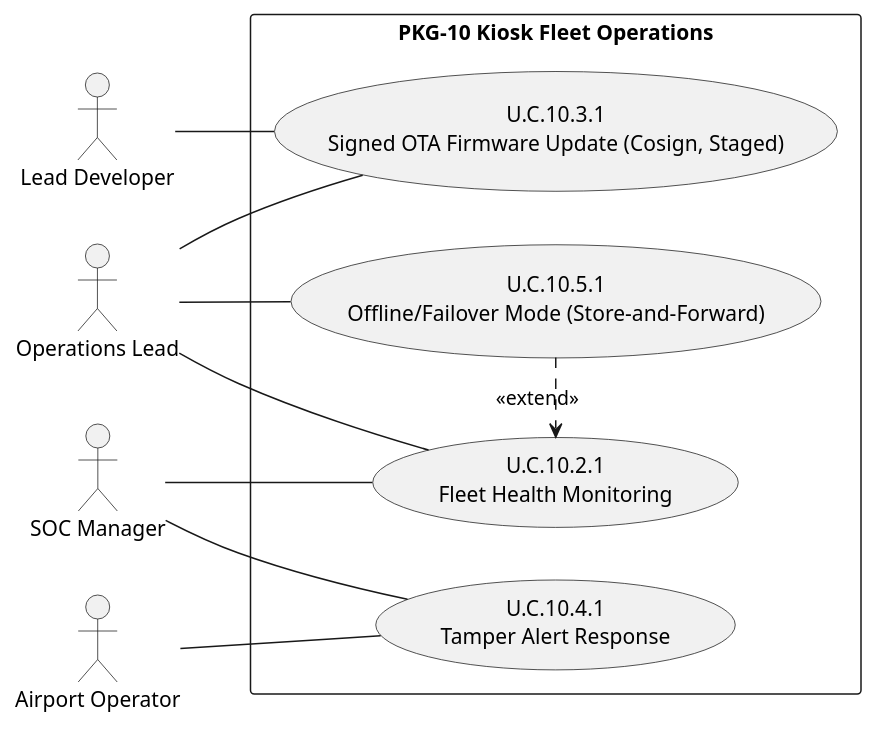
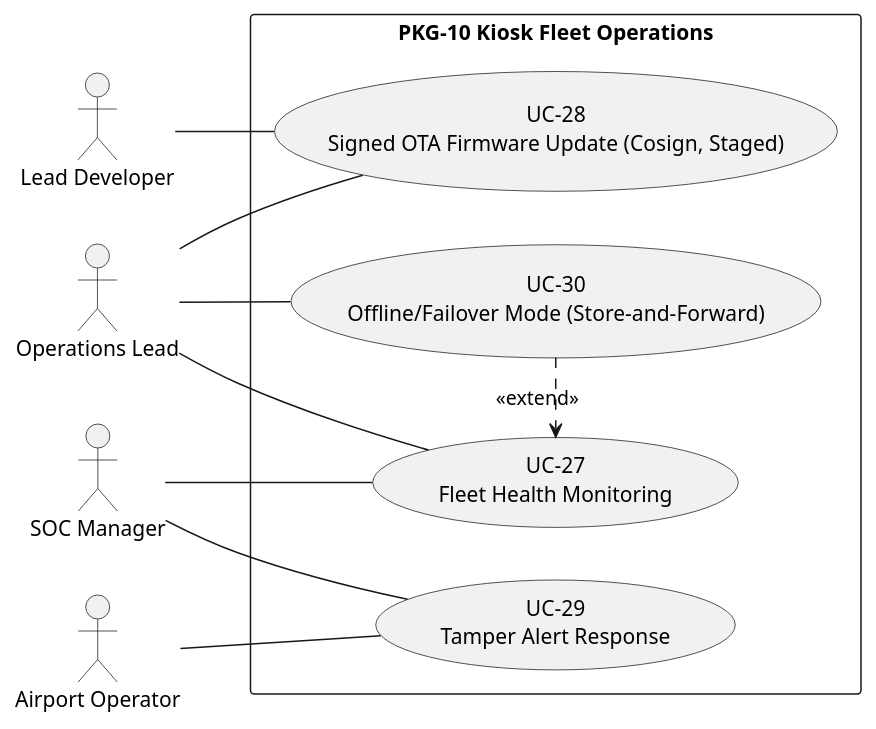
The fourth of 6 diagrams in 02_CASES/Case_02_SecureBorder_Solutions/03_PHASE3_DECOMPOSITION/annexes/A_Use_Case_Diagrams.md (pauloribeiro16/Methodology_compact), drawn with PlantUML before and after one commit. The commit also changed other lines of this file and 22 other files, not shown here.

Commit message:
[EXECUTOR] F3 RENUMBER Case_02: U.C.x flattened → UC-01..36 (compliance 01..15 + product 16..36), two-phase, 12 files, 6 SVGs re-rendered, xlsx regenerated; gates: pre-existing FAILs only, audit 100%, mermaid 192/192, smoke 16/16; 1 missed live ref (Doc23) re-anchored

````diff
--- a/02_CASES/Case_02_SecureBorder_Solutions/03_PHASE3_DECOMPOSITION/annexes/A_Use_Case_Diagrams.md
+++ b/02_CASES/Case_02_SecureBorder_Solutions/03_PHASE3_DECOMPOSITION/annexes/A_Use_Case_Diagrams.md
@@ -229,23 +234,23 @@
 ```plantuml
 @startuml
 left to right direction
 actor "Operations Lead" as OPS
 actor "SOC Manager" as SOC
 actor "Lead Developer" as DEV
 actor "Airport Operator" as APT
 rectangle "PKG-10 Kiosk Fleet Operations" {
-usecase "U.C.10.2.1\nFleet Health Monitoring" as UC1021
-usecase "U.C.10.3.1\nSigned OTA Firmware Update (Cosign, Staged)" as UC1031
-usecase "U.C.10.4.1\nTamper Alert Response" as UC1041
-usecase "U.C.10.5.1\nOffline/Failover Mode (Store-and-Forward)" as UC1051
+usecase "UC-27\nFleet Health Monitoring" as UC1021
+usecase "UC-28\nSigned OTA Firmware Update (Cosign, Staged)" as UC1031
+usecase "UC-29\nTamper Alert Response" as UC1041
+usecase "UC-30\nOffline/Failover Mode (Store-and-Forward)" as UC1051
 }
 OPS -- UC1021
 OPS -- UC1031
 OPS -- UC1051
 SOC -- UC1021
 SOC -- UC1041
 DEV -- UC1031
 APT -- UC1041
 UC1051 .> UC1021 : <<extend>>
 @enduml
 ```
````
